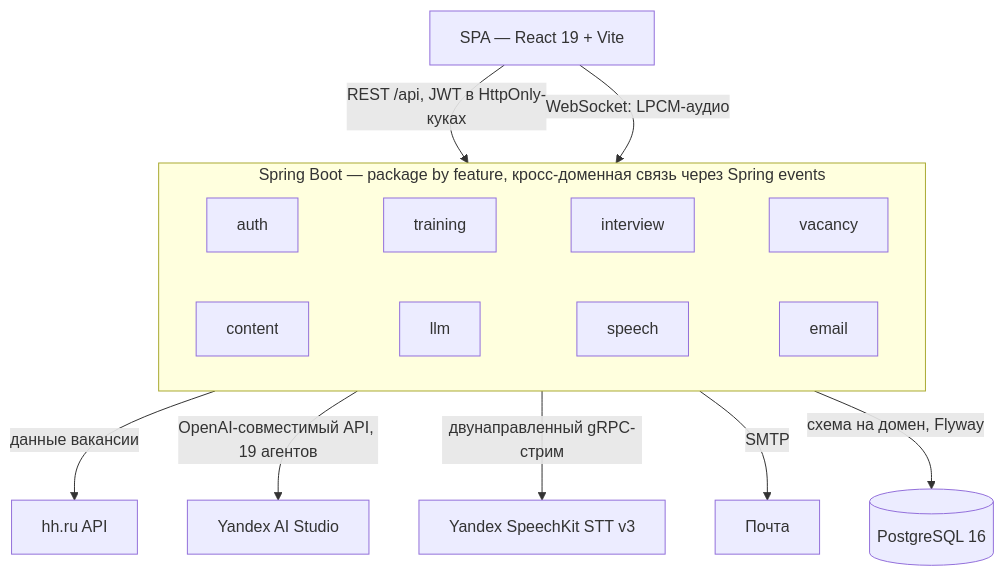
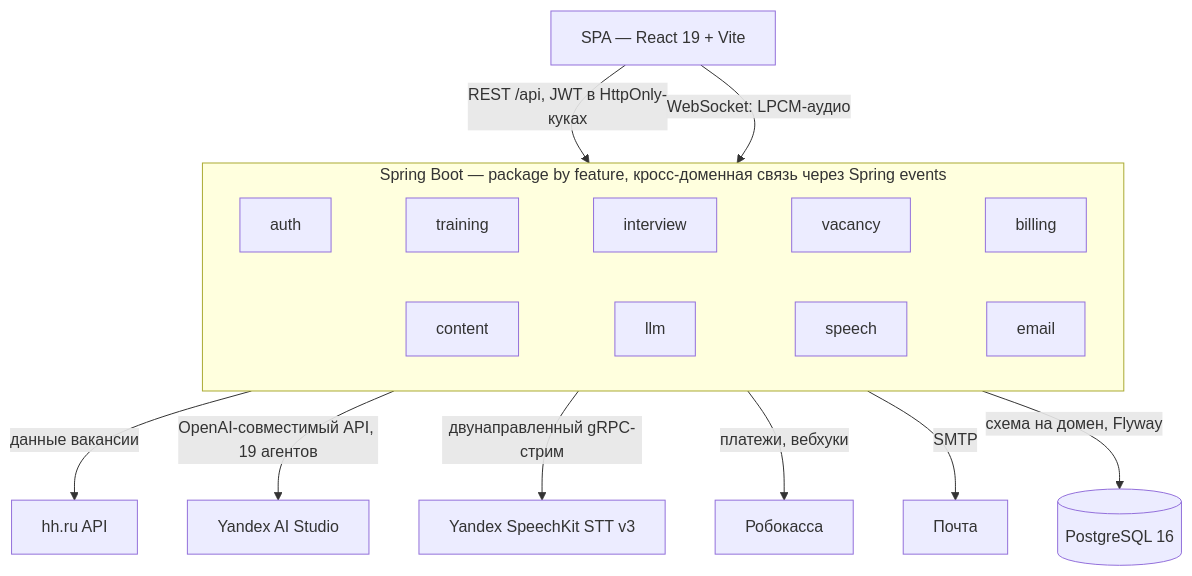
Before and after one commit to Alextrusk27/workbit: the first of 2 diagrams in README.ru.md, drawn with Mermaid. The commit also changed other lines of this file and 12 other files, not shown here.

````diff
--- a/README.ru.md
+++ b/README.ru.md
@@ -143,18 +129,19 @@
 ```mermaid
 flowchart TB
     SPA["SPA — React 19 + Vite"]
     SPA -->|"REST /api, JWT в HttpOnly-куках"| BE
     SPA -->|"WebSocket: LPCM-аудио"| BE
 
     subgraph BE["Spring Boot — package by feature, кросс-доменная связь через Spring events"]
         direction LR
-        auth ~~~ training ~~~ interview ~~~ vacancy
+        auth ~~~ training ~~~ interview ~~~ vacancy ~~~ billing
         content ~~~ llm ~~~ speech ~~~ email
     end
 
     BE -->|"схема на домен, Flyway"| PG[("PostgreSQL 16")]
     vacancy -->|"данные вакансии"| HH["hh.ru API"]
     llm -->|"OpenAI-совместимый API, 19 агентов"| YA["Yandex AI Studio"]
     speech -->|"двунаправленный gRPC-стрим"| STT["Yandex SpeechKit STT v3"]
+    billing -->|"платежи, вебхуки"| RK["Робокасса"]
     email -->|"SMTP"| MX["Почта"]
 ```
````
